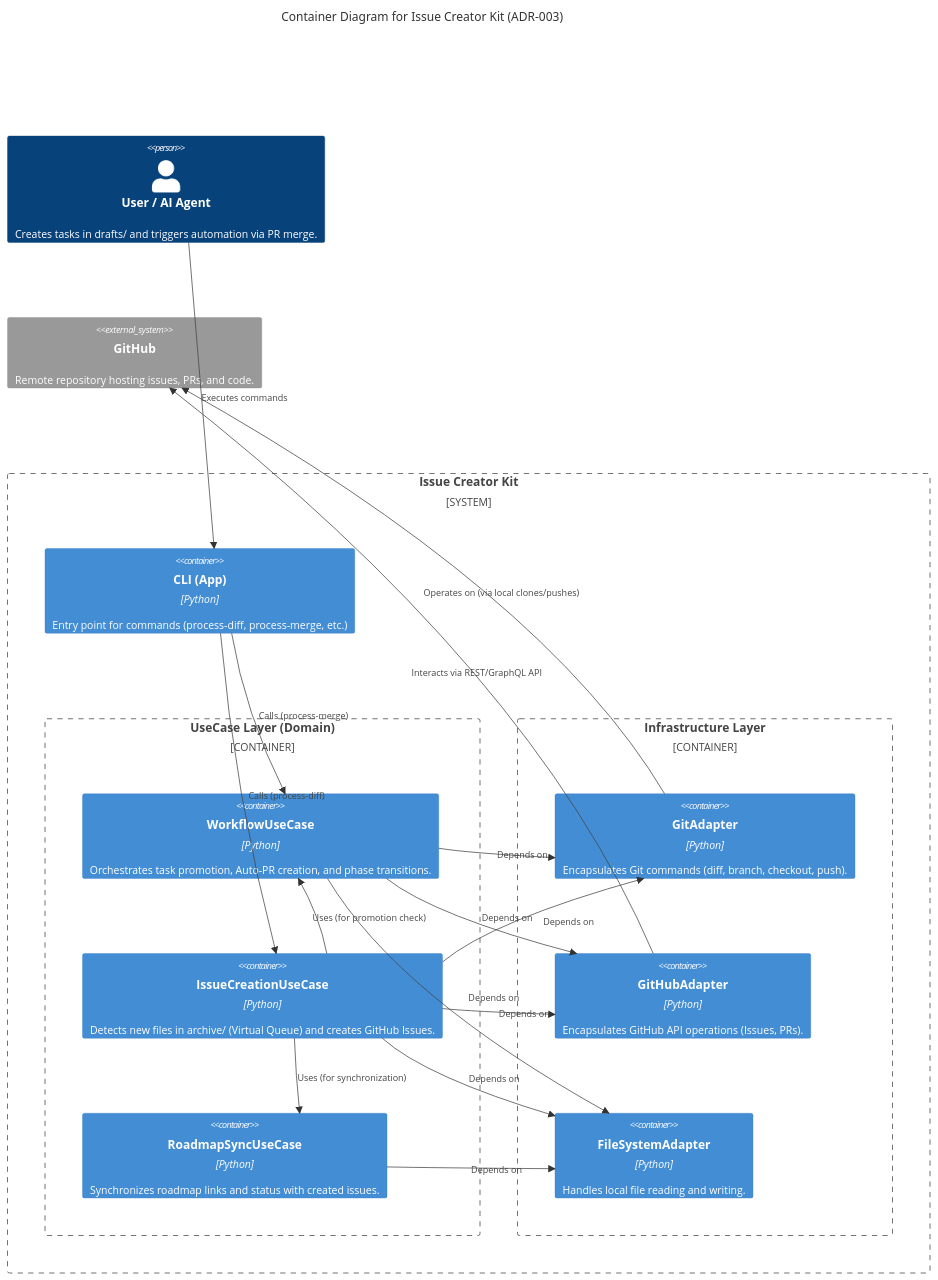
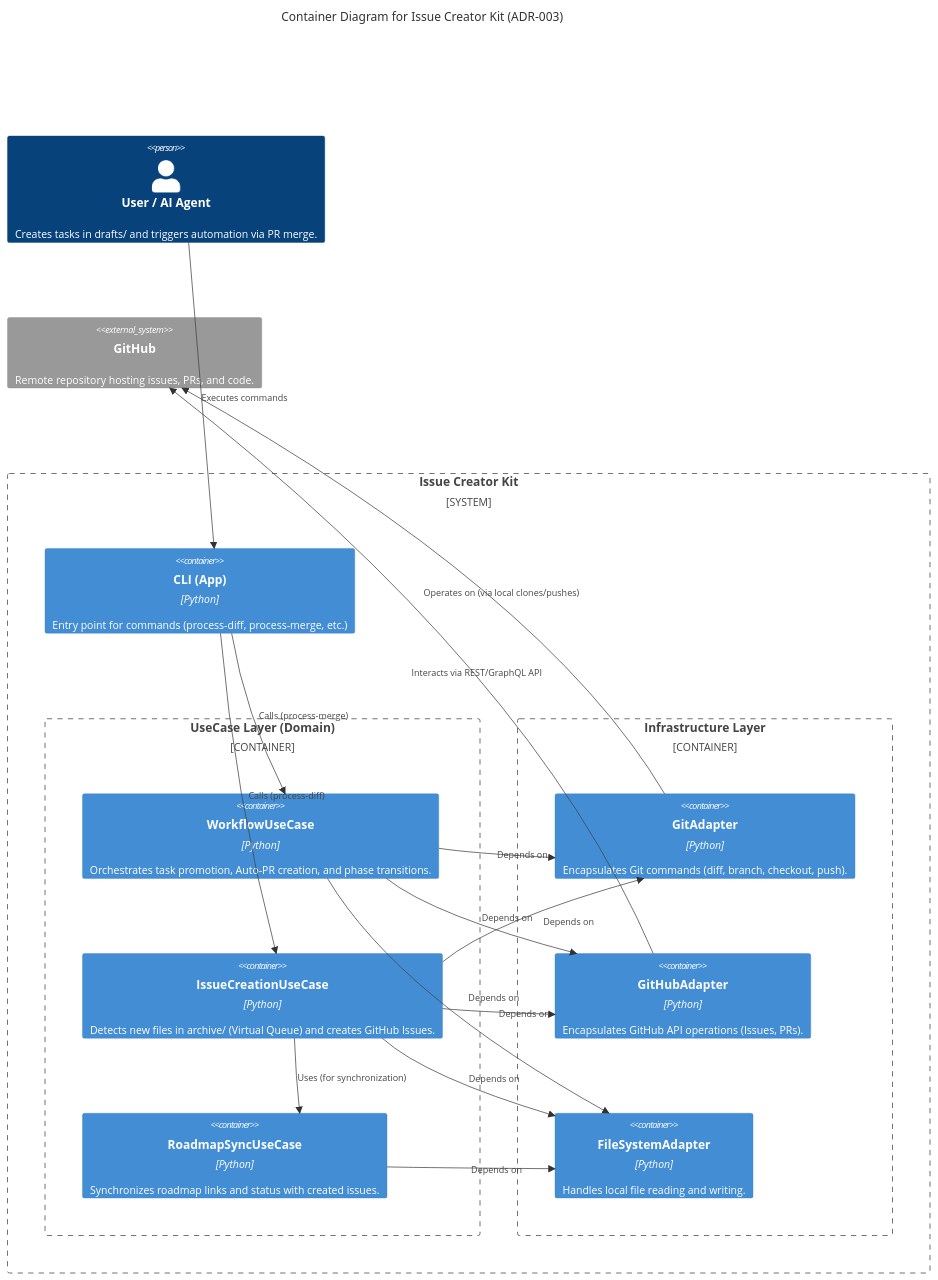
One commit to masa-codehub/issue_creator_kit changed the diagram in docs/architecture/arch-structure-003-vqueue.md. Above: the diagram before and after it, drawn with Mermaid. The commit also changed other lines of this file, not shown here.

````diff
--- a/docs/architecture/arch-structure-003-vqueue.md
+++ b/docs/architecture/arch-structure-003-vqueue.md
@@ -9,43 +9,42 @@
 ```mermaid
 C4Container
     title Container Diagram for Issue Creator Kit (ADR-003)
 
     Person(user, "User / AI Agent", "Creates tasks in drafts/ and triggers automation via PR merge.")
 
     System_Boundary(ick, "Issue Creator Kit") {
         Container(cli, "CLI (App)", "Python", "Entry point for commands (process-diff, process-merge, etc.)")
 
         Container_Boundary(usecase_layer, "UseCase Layer (Domain)") {
             Container(workflow_uc, "WorkflowUseCase", "Python", "Orchestrates task promotion, Auto-PR creation, and phase transitions.")
             Container(creation_uc, "IssueCreationUseCase", "Python", "Detects new files in archive/ (Virtual Queue) and creates GitHub Issues.")
             Container(roadmap_uc, "RoadmapSyncUseCase", "Python", "Synchronizes roadmap links and status with created issues.")
         }
 
         Container_Boundary(infra_layer, "Infrastructure Layer") {
             Container(git_adapter, "GitAdapter", "Python", "Encapsulates Git commands (diff, branch, checkout, push).")
             Container(github_adapter, "GitHubAdapter", "Python", "Encapsulates GitHub API operations (Issues, PRs).")
             Container(fs_adapter, "FileSystemAdapter", "Python", "Handles local file reading and writing.")
         }
     }
 
     System_Ext(github, "GitHub", "Remote repository hosting issues, PRs, and code.")
 
     Rel(user, cli, "Executes commands")
     Rel(cli, creation_uc, "Calls (process-diff)")
     Rel(cli, workflow_uc, "Calls (process-merge)")
 
-    Rel(creation_uc, workflow_uc, "Uses (for promotion check)")
     Rel(creation_uc, roadmap_uc, "Uses (for synchronization)")
     Rel(creation_uc, git_adapter, "Depends on")
     Rel(creation_uc, github_adapter, "Depends on")
     Rel(creation_uc, fs_adapter, "Depends on")
 
     Rel(workflow_uc, git_adapter, "Depends on")
     Rel(workflow_uc, github_adapter, "Depends on")
     Rel(workflow_uc, fs_adapter, "Depends on")
 
     Rel(roadmap_uc, fs_adapter, "Depends on")
 
     Rel(git_adapter, github, "Operates on (via local clones/pushes)")
     Rel(github_adapter, github, "Interacts via REST/GraphQL API")
 ```
````
